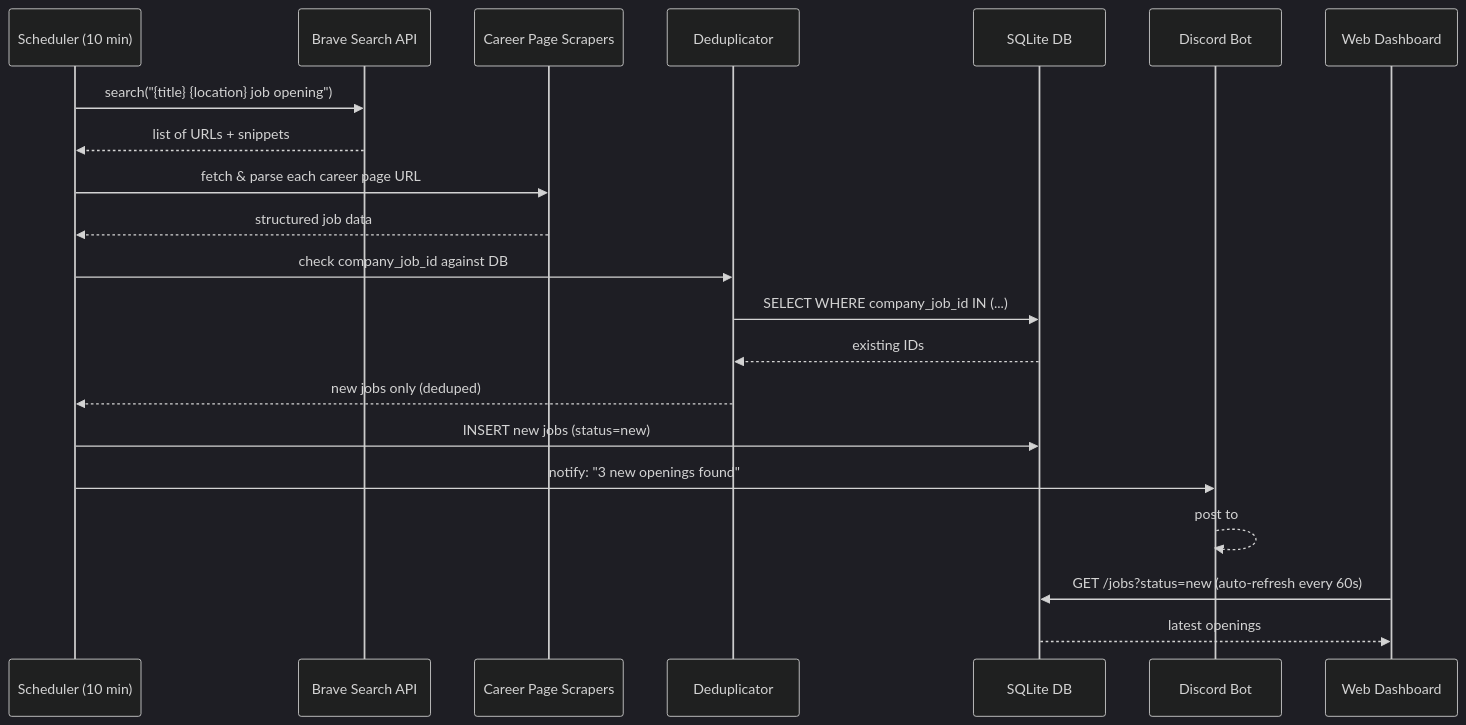
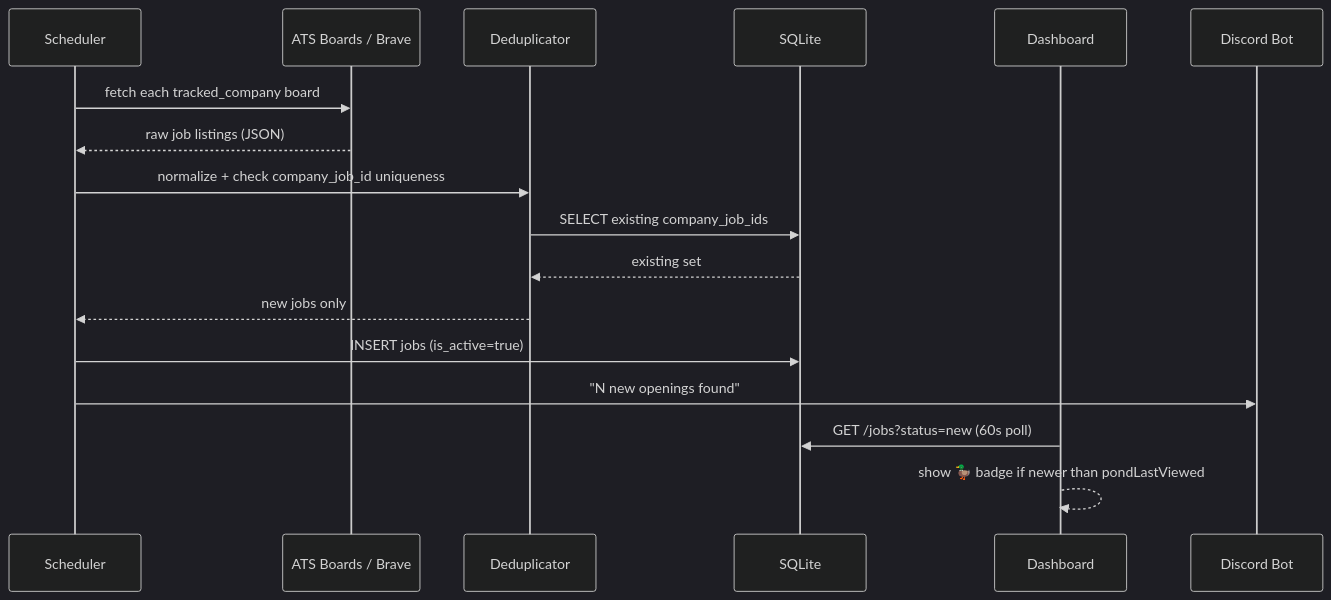
One commit to jimmymoonstation/job-hunt-partner changed the first of 3 diagrams in docs/architecture.md. Above: the diagram before and after it, drawn with Mermaid (dark theme). The commit also changed other lines of this file and 30 other files, not shown here.

````diff
--- a/docs/architecture.md
+++ b/docs/architecture.md
@@ -64,24 +227,20 @@
 ```mermaid
 sequenceDiagram
-    participant S as Scheduler (10 min)
-    participant B as Brave Search API
-    participant C as Career Page Scrapers
+    participant S as Scheduler
+    participant B as ATS Boards / Brave
     participant D as Deduplicator
-    participant DB as SQLite DB
-    participant Bot as Discord Bot
-    participant UI as Web Dashboard
+    participant DB as SQLite
+    participant UI as Dashboard
+    participant Discord as Discord Bot
 
-    S->>B: search("{title} {location} job opening")
-    B-->>S: list of URLs + snippets
-    S->>C: fetch & parse each career page URL
-    C-->>S: structured job data
-    S->>D: check company_job_id against DB
-    D->>DB: SELECT WHERE company_job_id IN (...)
-    DB-->>D: existing IDs
-    D-->>S: new jobs only (deduped)
-    S->>DB: INSERT new jobs (status=new)
-    S->>Bot: notify: "3 new openings found"
-    Bot-->>Bot: post to #job-hunt channel
-    UI->>DB: GET /jobs?status=new (auto-refresh every 60s)
-    DB-->>UI: latest openings
+    S->>B: fetch each tracked_company board
+    B-->>S: raw job listings (JSON)
+    S->>D: normalize + check company_job_id uniqueness
+    D->>DB: SELECT existing company_job_ids
+    DB-->>D: existing set
+    D-->>S: new jobs only
+    S->>DB: INSERT jobs (is_active=true)
+    S->>Discord: "N new openings found"
+    UI->>DB: GET /jobs?status=new (60s poll)
+    UI-->>UI: show 🦆 badge if newer than pondLastViewed
 ```
````
